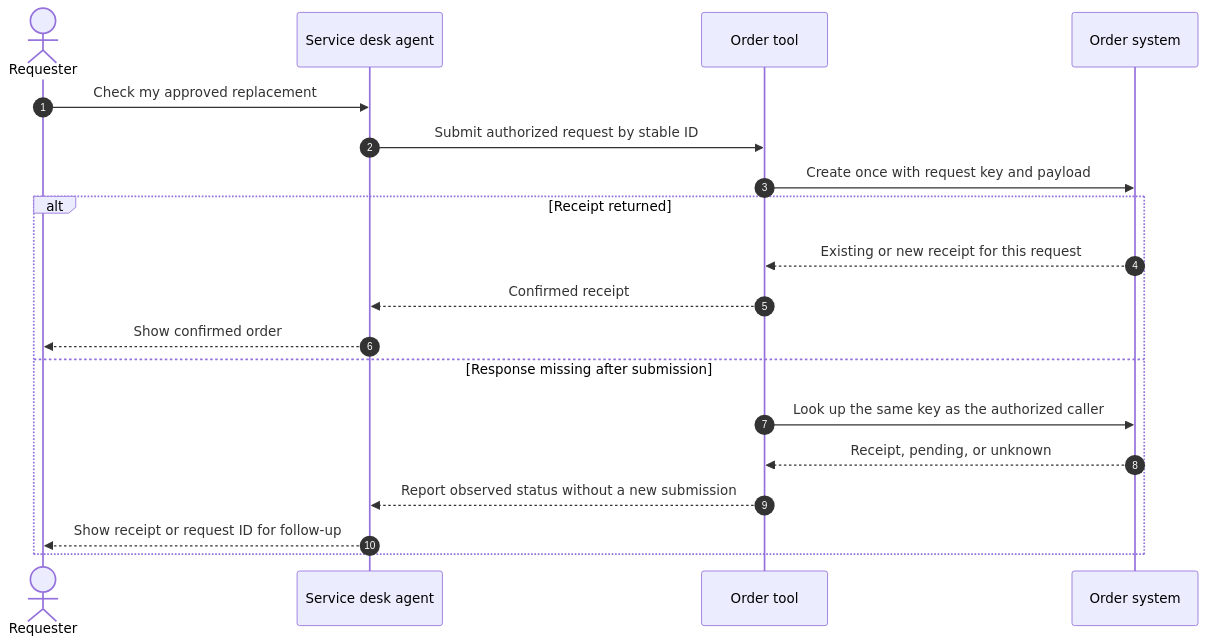
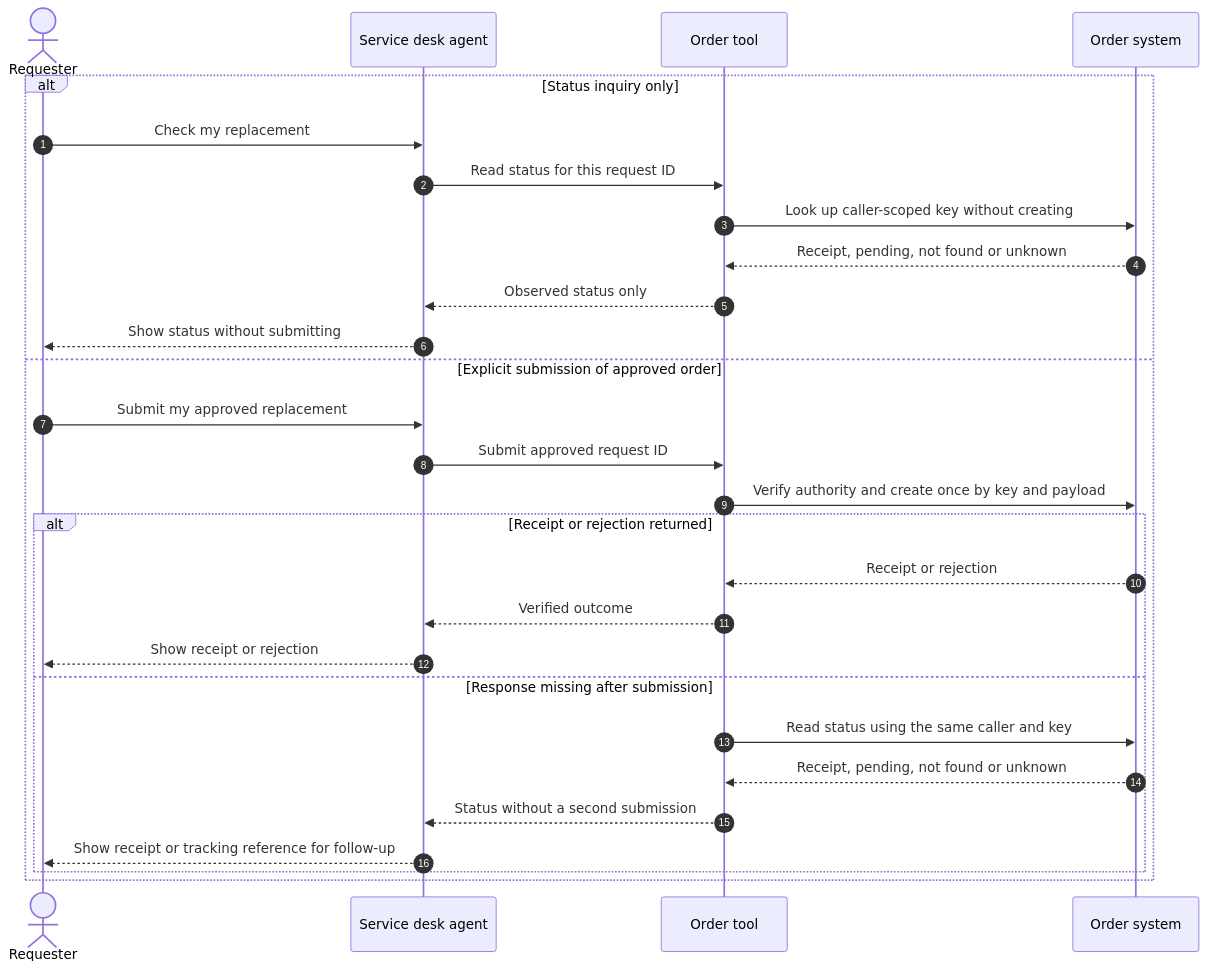
The second of 2 diagrams in technical-patterns/write-reconciliation.md (abhishek-ai-enabler/copilotstudio-architecture-patterns), drawn with Mermaid before and after one commit. The commit also changed other lines of this file and 14 other files, not shown here.

Commit message:
Require catalog-specific review evidence and correct two technical flows

````diff
--- a/technical-patterns/write-reconciliation.md
+++ b/technical-patterns/write-reconciliation.md
@@ -28,22 +32,31 @@
 ```mermaid
 sequenceDiagram
     accTitle: Query before replay after an ambiguous acknowledgment
     autonumber
     actor U as Requester
     participant A as Service desk agent
     participant B as Order tool
     participant S as Order system
-    U->>A: Check my approved replacement
-    A->>B: Submit authorized request by stable ID
-    B->>S: Create once with request key and payload
-    alt Receipt returned
-        S-->>B: Existing or new receipt for this request
-        B-->>A: Confirmed receipt
-        A-->>U: Show confirmed order
-    else Response missing after submission
-        B->>S: Look up the same key as the authorized caller
-        S-->>B: Receipt, pending, or unknown
-        B-->>A: Report observed status without a new submission
-        A-->>U: Show receipt or request ID for follow-up
+    alt Status inquiry only
+        U->>A: Check my replacement
+        A->>B: Read status for this request ID
+        B->>S: Look up caller-scoped key without creating
+        S-->>B: Receipt, pending, not found or unknown
+        B-->>A: Observed status only
+        A-->>U: Show status without submitting
+    else Explicit submission of approved order
+        U->>A: Submit my approved replacement
+        A->>B: Submit approved request ID
+        B->>S: Verify authority and create once by key and payload
+        alt Receipt or rejection returned
+            S-->>B: Receipt or rejection
+            B-->>A: Verified outcome
+            A-->>U: Show receipt or rejection
+        else Response missing after submission
+            B->>S: Read status using the same caller and key
+            S-->>B: Receipt, pending, not found or unknown
+            B-->>A: Status without a second submission
+            A-->>U: Show receipt or tracking reference for follow-up
+        end
     end
 ```
````
